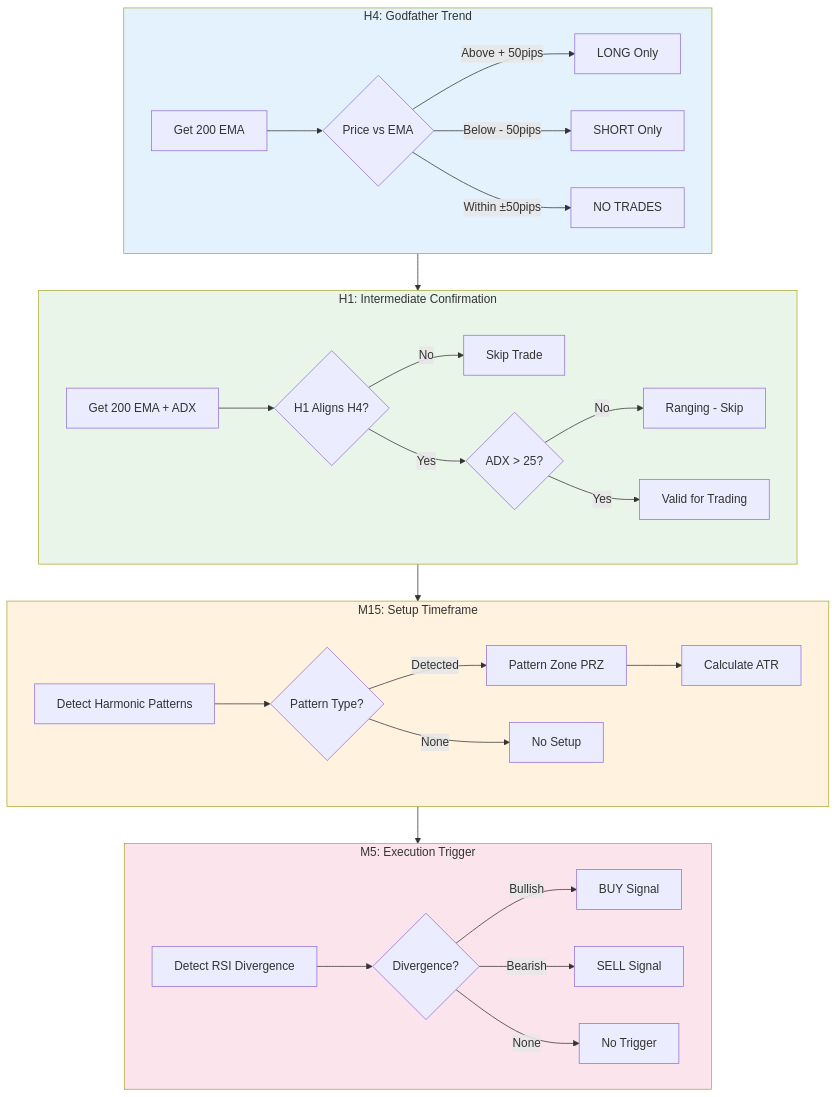
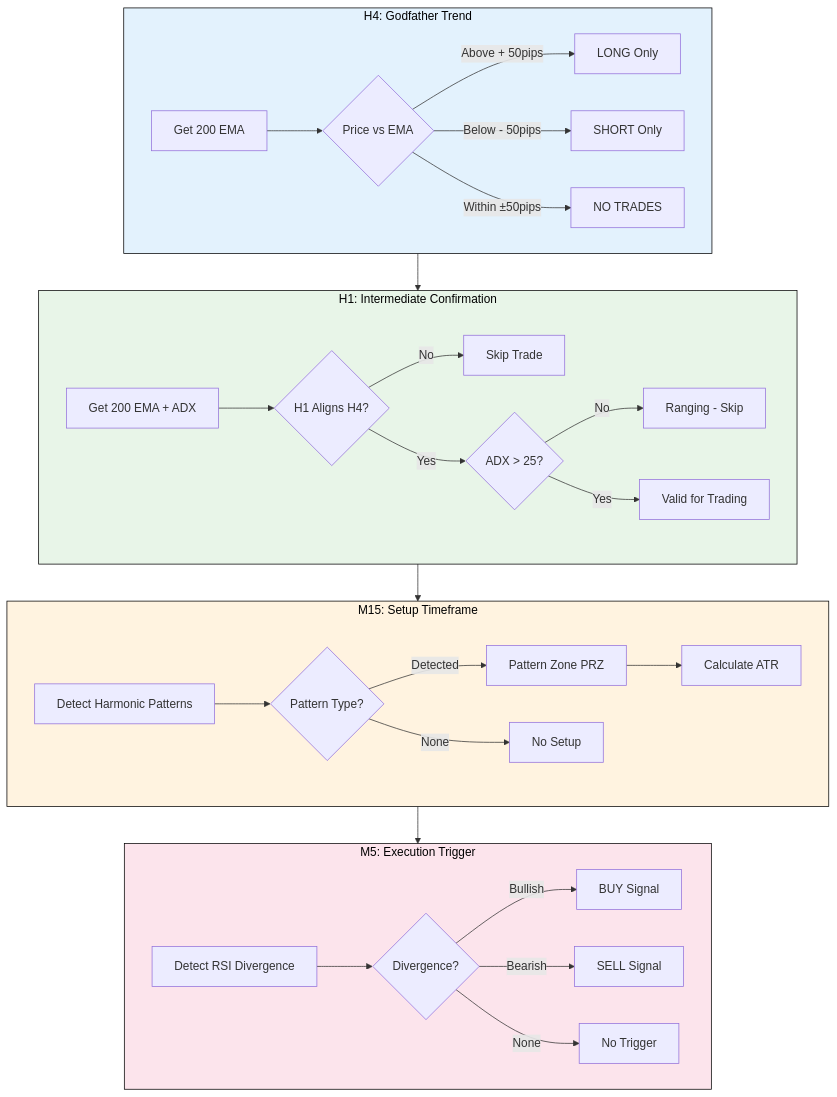
Before and after one commit to keyalgos/Project_Chimera: the second of 8 diagrams in README.md, drawn with Mermaid. The commit also changed other lines of this file, not shown here.

````diff
--- a/README.md
+++ b/README.md
@@ -200,40 +200,40 @@
 ```mermaid
 flowchart TB
     subgraph H4["H4: Godfather Trend"]
         H4A[Get 200 EMA] --> H4B{Price vs EMA}
         H4B -->|Above + 50pips| H4L[LONG Only]
         H4B -->|Below - 50pips| H4S[SHORT Only]
         H4B -->|Within ±50pips| H4N[NO TRADES]
     end
     
     subgraph H1["H1: Intermediate Confirmation"]
         H1A[Get 200 EMA + ADX] --> H1B{H1 Aligns H4?}
         H1B -->|No| H1N[Skip Trade]
         H1B -->|Yes| H1C{ADX > 25?}
         H1C -->|No| H1R[Ranging - Skip]
         H1C -->|Yes| H1T[Valid for Trading]
     end
     
     subgraph M15["M15: Setup Timeframe"]
         M15A[Detect Harmonic Patterns] --> M15B{Pattern Type?}
         M15B -->|Detected| M15P[Pattern Zone PRZ]
         M15B -->|None| M15N[No Setup]
         M15P --> M15V[Calculate ATR]
     end
     
     subgraph M5["M5: Execution Trigger"]
         M5A[Detect RSI Divergence] --> M5B{Divergence?}
         M5B -->|Bullish| M5L[BUY Signal]
         M5B -->|Bearish| M5S[SELL Signal]
         M5B -->|None| M5N[No Trigger]
     end
     
     H4 --> H1
     H1 --> M15
     M15 --> M5
     
-    style H4 fill:#e3f2fd
-    style H1 fill:#e8f5e8
-    style M15 fill:#fff3e0
-    style M5 fill:#fce4ec
+    style H4 fill:#e3f2fd,stroke:#000,color:#000
+    style H1 fill:#e8f5e8,stroke:#000,color:#000
+    style M15 fill:#fff3e0,stroke:#000,color:#000
+    style M5 fill:#fce4ec,stroke:#000,color:#000
 ```
````
